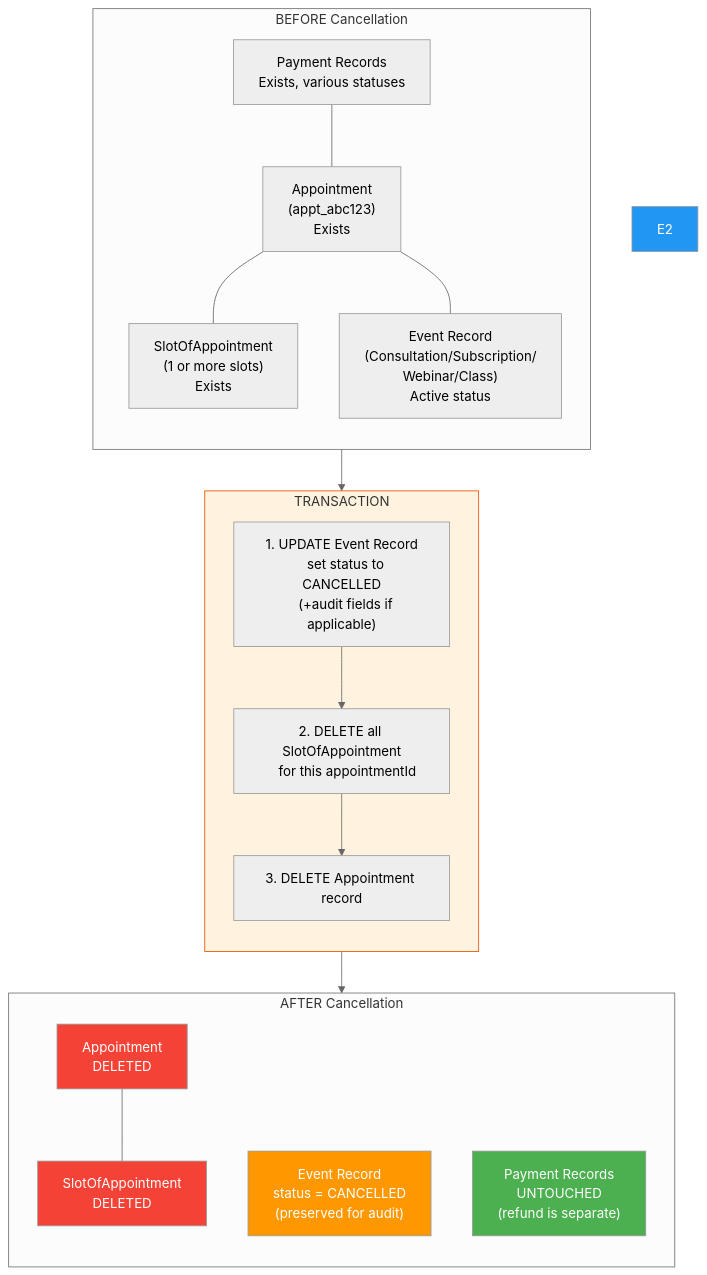
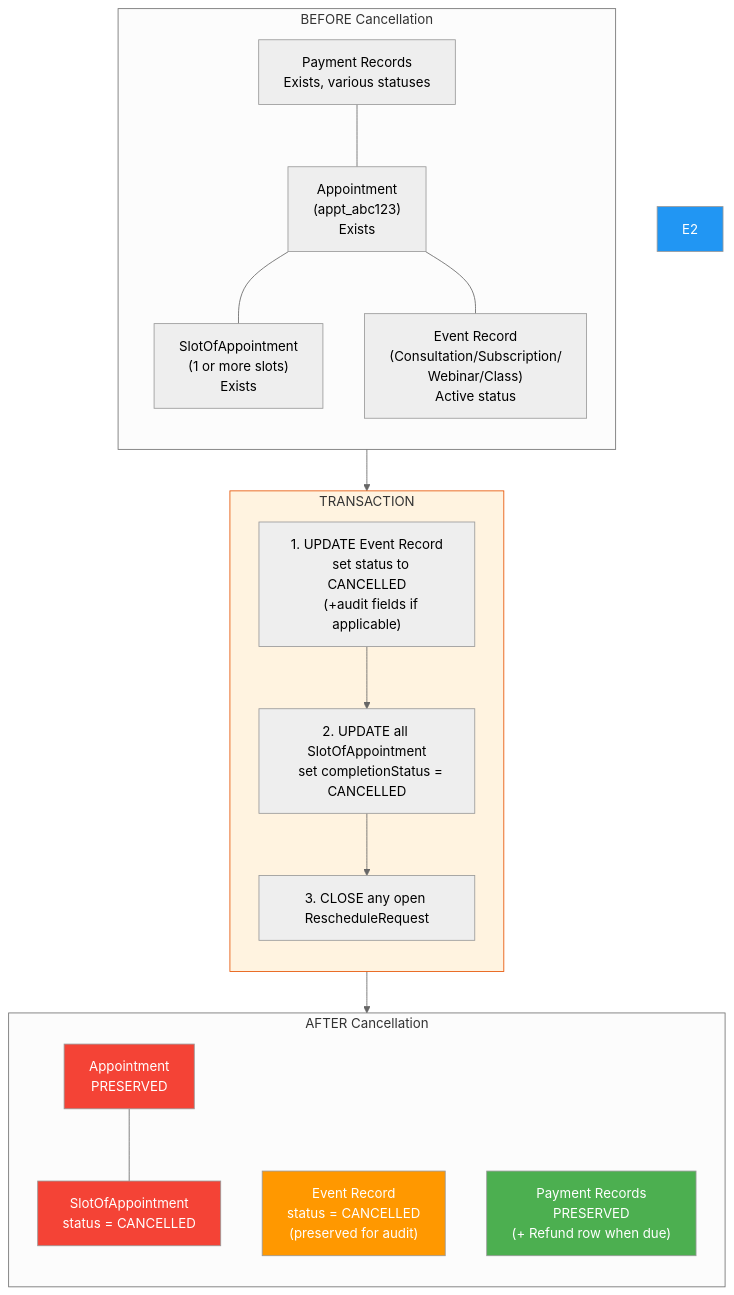
One commit to Practitionist/familiarise_web changed the eighth of 14 diagrams in docs/booking/08-cancellation-flow.md. Above: the diagram before and after it, drawn with Mermaid (neutral theme). The commit also changed other lines of this file and 28 other files, not shown here.

````diff
--- a/docs/booking/08-cancellation-flow.md
+++ b/docs/booking/08-cancellation-flow.md
@@ -716,33 +718,33 @@
 ```mermaid
 flowchart TD
     subgraph BEFORE["BEFORE Cancellation"]
         direction TB
         A1["Appointment\n(appt_abc123)\nExists"] --- B1["SlotOfAppointment\n(1 or more slots)\nExists"]
         A1 --- C1["Event Record\n(Consultation/Subscription/\nWebinar/Class)\nActive status"]
         D1["Payment Records\nExists, various statuses"] --- A1
     end
 
     subgraph TRANSACTION["TRANSACTION"]
         direction TB
         T1["1. UPDATE Event Record\n   set status to CANCELLED\n   (+audit fields if applicable)"]
-        T2["2. DELETE all SlotOfAppointment\n   for this appointmentId"]
-        T3["3. DELETE Appointment record"]
+        T2["2. UPDATE all SlotOfAppointment\n   set completionStatus = CANCELLED"]
+        T3["3. CLOSE any open RescheduleRequest"]
         T1 --> T2 --> T3
     end
 
     subgraph AFTER["AFTER Cancellation"]
         direction TB
-        A2["Appointment\nDELETED"] --- B2["SlotOfAppointment\nDELETED"]
+        A2["Appointment\nPRESERVED"] --- B2["SlotOfAppointment\nstatus = CANCELLED"]
         C2["Event Record\nstatus = CANCELLED\n(preserved for audit)"]
-        D2["Payment Records\nUNTOUCHED\n(refund is separate)"]
+        D2["Payment Records\nPRESERVED\n(+ Refund row when due)"]
     end
 
     BEFORE --> TRANSACTION --> AFTER
 
     style A2 fill:#f44336,color:#fff
     style B2 fill:#f44336,color:#fff
     style C2 fill:#ff9800,color:#fff
     style D2 fill:#4caf50,color:#fff
     style E2 fill:#2196f3,color:#fff
     style TRANSACTION fill:#fff3e0,stroke:#e65100
 ```
````
